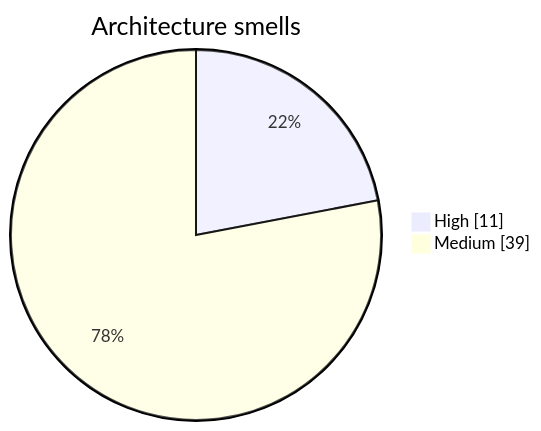
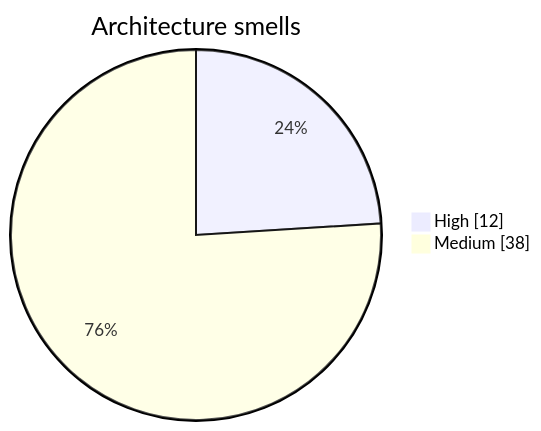
The diagram in .mentis/context/smells.md (wolframs/jspace-probes), drawn with Mermaid before and after one commit. The commit also changed other lines of this file and 260 other files, not shown here.

````diff
--- a/.mentis/context/smells.md
+++ b/.mentis/context/smells.md
@@ -7,5 +7,5 @@
 ```mermaid
 pie showData title Architecture smells
-    "High" : 11
-    "Medium" : 39
+    "High" : 12
+    "Medium" : 38
 ```
````
